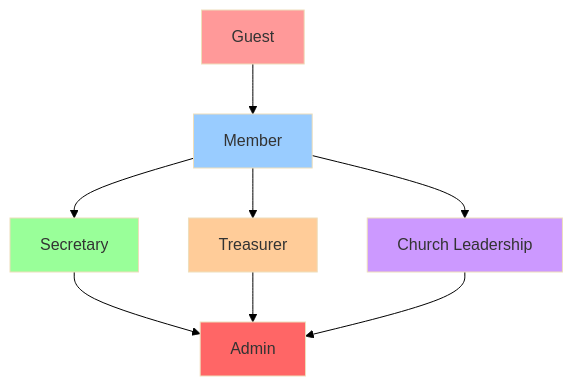
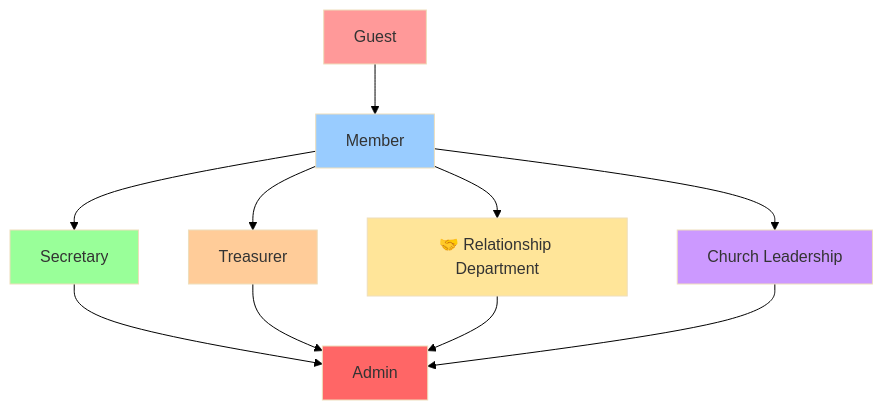
Before and after one commit to dawityifter/abune-aregawi: the fourth of 4 diagrams in README.md, drawn with Mermaid. The commit also changed other lines of this file and 7 other files, not shown here.

````diff
--- a/README.md
+++ b/README.md
@@ -271,18 +271,21 @@
 ```mermaid
 %%{init: {"theme": "base", "themeVariables": { "background": "#ffffff" }}}%%
 graph TD
     A[Guest] --> B[Member]
     B --> C[Secretary]
     B --> D[Treasurer]
-    B --> E[Church Leadership]
-    C --> F[Admin]
-    D --> F
-    E --> F
+    B --> E[🤝 Relationship Department]
+    B --> F[Church Leadership]
+    C --> G[Admin]
+    D --> G
+    E --> G
+    F --> G
     
     style A fill:#ff9999
     style B fill:#99ccff
     style C fill:#99ff99
     style D fill:#ffcc99
-    style E fill:#cc99ff
-    style F fill:#ff6666
+    style E fill:#ffe599
+    style F fill:#cc99ff
+    style G fill:#ff6666
 ```
````
